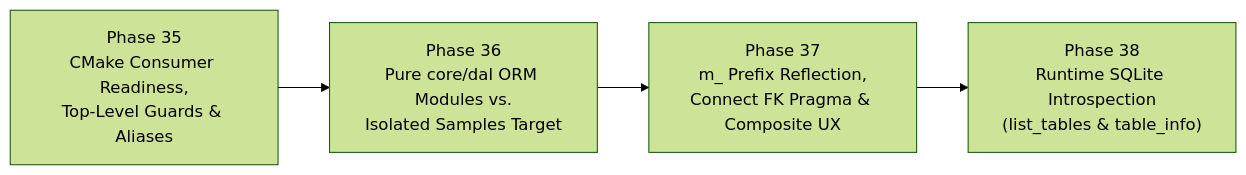
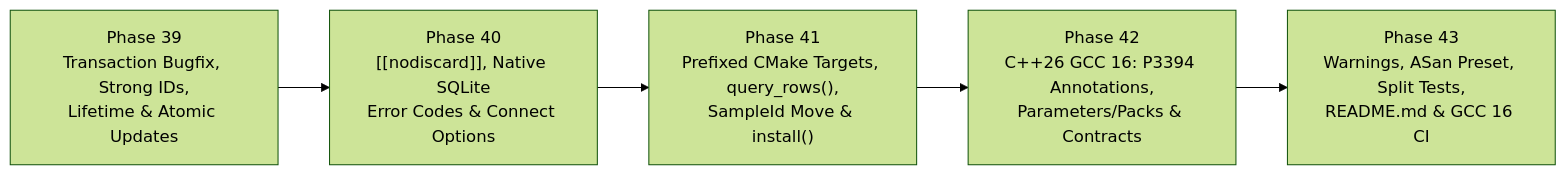
Before and after one commit to mythrz/CodeFirstCppDB_sqlgen: the second of 2 diagrams in readme4.md, drawn with Mermaid (forest theme). The commit also changed other lines of this file, not shown here.

````diff
--- a/readme4.md
+++ b/readme4.md
@@ -267,6 +281,7 @@
 ```mermaid
 flowchart LR
-    P35["Phase 35<br/>CMake Consumer Readiness,<br/>Top-Level Guards &amp; Aliases"] --> P36["Phase 36<br/>Pure core/dal ORM Modules vs.<br/>Isolated Samples Target"]
-    P36 --> P37["Phase 37<br/>m_ Prefix Reflection,<br/>Connect FK Pragma &amp; Composite UX"]
-    P37 --> P38["Phase 38<br/>Runtime SQLite Introspection<br/>(list_tables &amp; table_info)"]
+    P39["Phase 39<br/>Transaction Bugfix, Strong IDs,<br/>Lifetime &amp; Atomic Updates"] --> P40["Phase 40<br/>[[nodiscard]], Native SQLite<br/>Error Codes &amp; Connect Options"]
+    P40 --> P41["Phase 41<br/>Prefixed CMake Targets, query_rows(),<br/>SampleId Move &amp; install()"]
+    P41 --> P42["Phase 42<br/>C++26 GCC 16: P3394 Annotations,<br/>Parameters/Packs &amp; Contracts"]
+    P42 --> P43["Phase 43<br/>Warnings, ASan Preset, Split Tests,<br/>README.md &amp; GCC 16 CI"]
 ```
````
